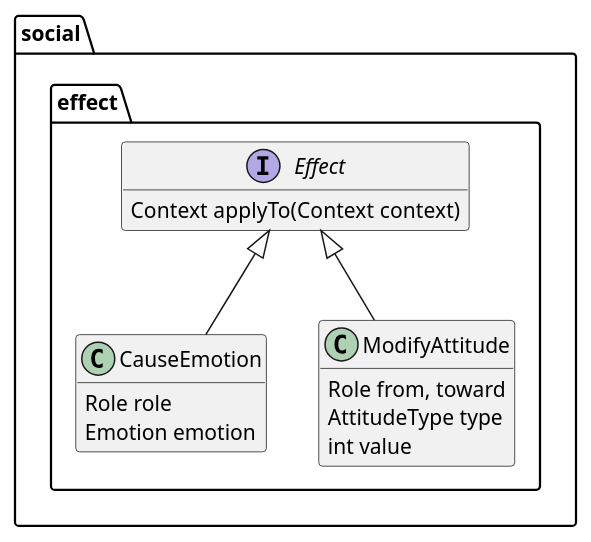
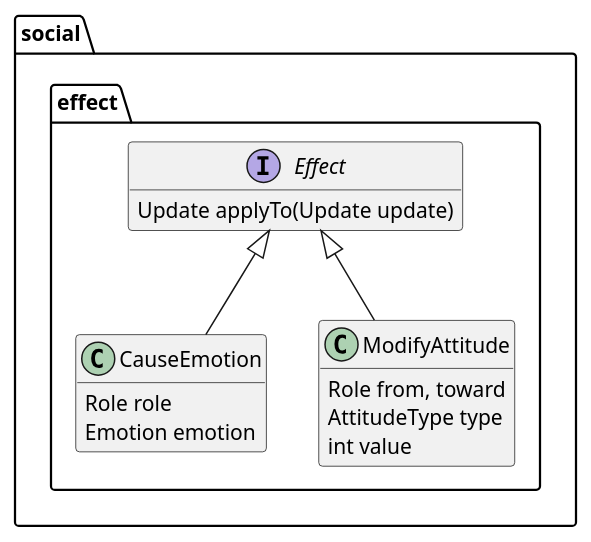
Before and after one commit to Orchaldir/SocialSimulation: the diagram in doc/design/effect.puml, drawn with PlantUML. The commit also changed 3 other files, not shown here.

```diff
--- a/doc/design/effect.puml
+++ b/doc/design/effect.puml
@@ -1,32 +1,32 @@
 @startuml
 
 hide empty members
 
 package social {
 
 package effect {
 
 interface Effect {
-  Context applyTo(Context context)
+  Update applyTo(Update update)
 }
 
 class CauseEmotion {
   Role role
   Emotion emotion
 }
 
 class ModifyAttitude {
   Role from, toward
   AttitudeType type
   int value
 }
 
 }
 
 }
 
 Effect <|-- CauseEmotion
 Effect <|-- ModifyAttitude
 
 
 @enduml
```
